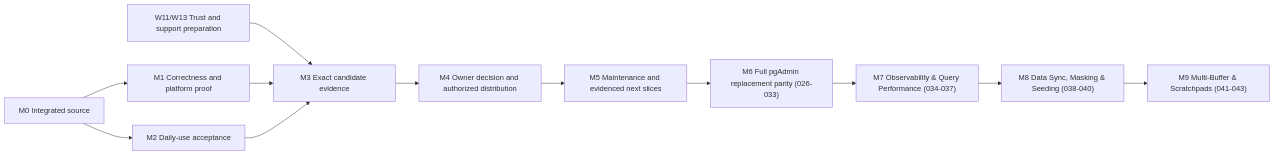
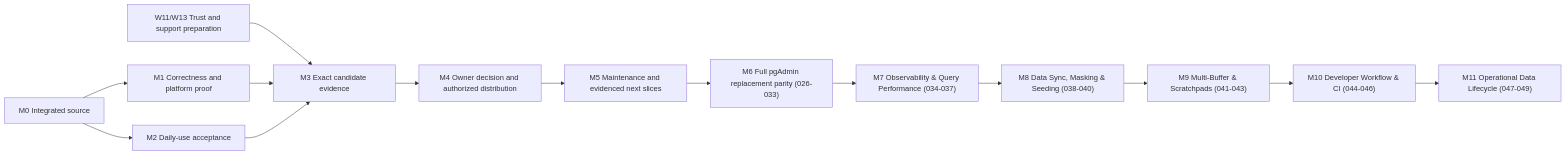
One commit to tkomane/ignatius changed the diagram in docs/product/roadmap.md. Above: the diagram before and after it, drawn with Mermaid. The commit also changed other lines of this file and 45 other files, not shown here.

First line of the commit message:
feat(workflow): offline lint, migration ledger and schema docs (044-046) (#85)

````diff
--- a/docs/product/roadmap.md
+++ b/docs/product/roadmap.md
@@ -134,17 +148,19 @@
 ```mermaid
 flowchart LR
     %% Planning dependencies, not a runtime deployment.
     %% Assumption: the intended 012-024 feature scope remains accepted.
     %% Open inputs: native terminal access, controlled cloud accounts and release trust choices.
     M0["M0 Integrated source"] --> M1["M1 Correctness and platform proof"]
     M0 --> M2["M2 Daily-use acceptance"]
     Prep["W11/W13 Trust and support preparation"] --> M3["M3 Exact candidate evidence"]
     M1 --> M3
     M2 --> M3
     M3 --> M4["M4 Owner decision and authorized distribution"]
     M4 --> M5["M5 Maintenance and evidenced next slices"]
     M5 --> M6["M6 Full pgAdmin replacement parity (026-033)"]
     M6 --> M7["M7 Observability & Query Performance (034-037)"]
     M7 --> M8["M8 Data Sync, Masking & Seeding (038-040)"]
     M8 --> M9["M9 Multi-Buffer & Scratchpads (041-043)"]
+    M9 --> M10["M10 Developer Workflow & CI (044-046)"]
+    M10 --> M11["M11 Operational Data Lifecycle (047-049)"]
 ```
````
